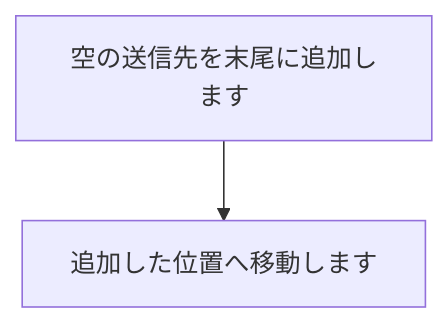
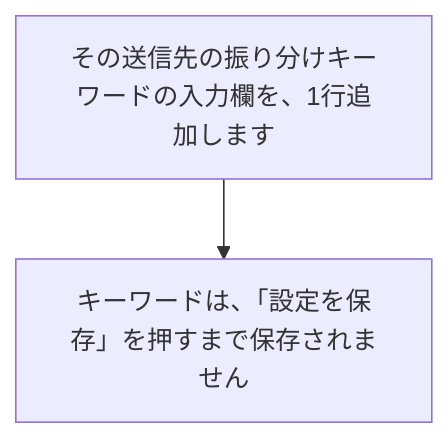
The ninth of 33 diagrams in tool/smstokintone/doc/02_設計/処理フロー.md (nishida2073/project_management), drawn with Mermaid before and after one commit. The commit also changed other lines of this file and 5 other files, not shown here.

````diff
--- a/tool/smstokintone/doc/02_設計/処理フロー.md
+++ b/tool/smstokintone/doc/02_設計/処理フロー.md
@@ -97,4 +153,4 @@
 ```mermaid
 flowchart TD
-  A[空の送信先を末尾に追加します] --> B[追加した位置へ移動します]
+  A["その送信先の振り分けキーワードの入力欄を、1行追加します"] --> B["キーワードは、「設定を保存」を押すまで保存されません"]
 ```
````
